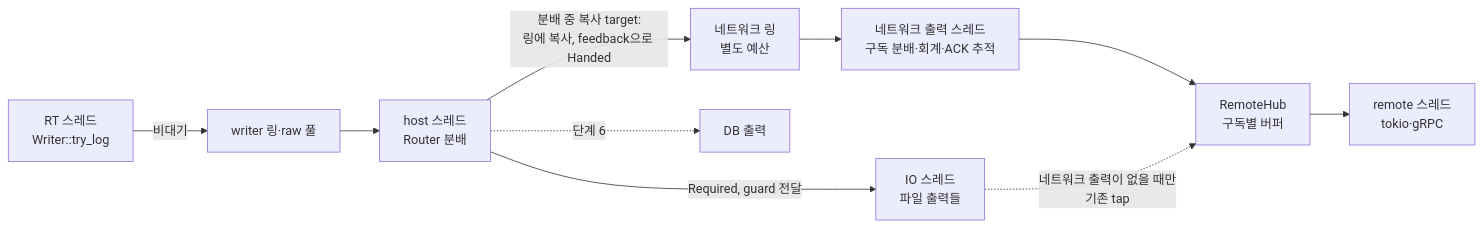
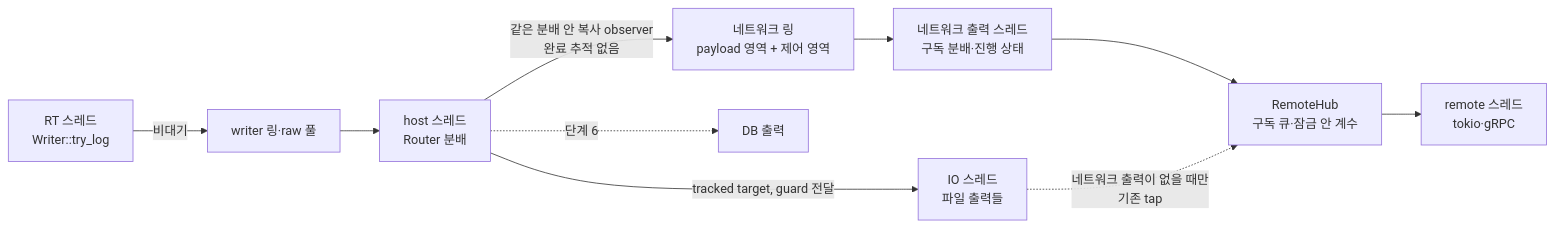
Before and after one commit to lim8603/dot-logger: the second of 2 diagrams in .cowork/04_implementation/milestones/MS-013.md, drawn with Mermaid. The commit also changed other lines of this file and 4 other files, not shown here.

````diff
--- a/.cowork/04_implementation/milestones/MS-013.md
+++ b/.cowork/04_implementation/milestones/MS-013.md
@@ -153,12 +154,12 @@
 ```mermaid
 flowchart LR
   RT[RT 스레드<br/>Writer::try_log] -->|비대기| ING[writer 링·raw 풀]
   ING --> H[host 스레드<br/>Router 분배]
-  H -->|Required, guard 전달| IOF[IO 스레드<br/>파일 출력들]
-  H -->|분배 중 복사 target:<br/>링에 복사, feedback으로 Handed| RING[네트워크 링<br/>별도 예산]
-  RING --> NO[네트워크 출력 스레드<br/>구독 분배·회계·ACK 추적]
-  NO --> HUB[RemoteHub<br/>구독별 버퍼]
+  H -->|tracked target, guard 전달| IOF[IO 스레드<br/>파일 출력들]
+  H -->|같은 분배 안 복사 observer<br/>완료 추적 없음| RING[네트워크 링<br/>payload 영역 + 제어 영역]
+  RING --> NO[네트워크 출력 스레드<br/>구독 분배·진행 상태]
+  NO --> HUB[RemoteHub<br/>구독 큐·잠금 안 계수]
   HUB --> NET[remote 스레드<br/>tokio·gRPC]
   H -.->|단계 6| DB[DB 출력]
   IOF -.->|네트워크 출력이 없을 때만<br/>기존 tap| HUB
 ```
````
